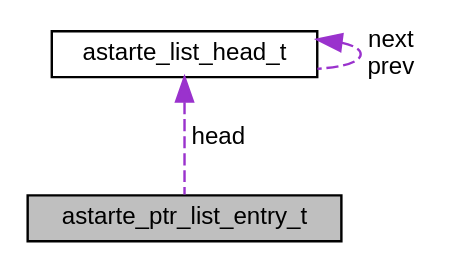
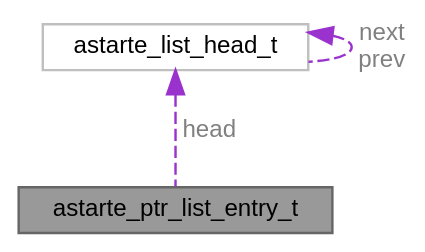
Before and after one commit to astarte-platform/docs: the diagram in device-sdks/esp32/snapshot/api/structastarte__ptr__list__entry__t__coll__graph.dot, drawn with Graphviz. The commit also changed 181 other files, not shown here.

```diff
--- a/device-sdks/esp32/snapshot/api/structastarte__ptr__list__entry__t__coll__graph.dot
+++ b/device-sdks/esp32/snapshot/api/structastarte__ptr__list__entry__t__coll__graph.dot
@@ -1,10 +1,11 @@
 digraph "astarte_ptr_list_entry_t"
 {
  // LATEX_PDF_SIZE
-  edge [fontname="Helvetica",fontsize="10",labelfontname="Helvetica",labelfontsize="10"];
-  node [fontname="Helvetica",fontsize="10",shape=record];
-  Node1 [label="astarte_ptr_list_entry_t",height=0.2,width=0.4,color="black", fillcolor="grey75", style="filled", fontcolor="black",tooltip=" "];
-  Node2 -> Node1 [dir="back",color="darkorchid3",fontsize="10",style="dashed",label=" head" ,fontname="Helvetica"];
-  Node2 [label="astarte_list_head_t",height=0.2,width=0.4,color="black", fillcolor="white", style="filled",URL="$structastarte__list__head__t.html",tooltip=" "];
-  Node2 -> Node2 [dir="back",color="darkorchid3",fontsize="10",style="dashed",label=" next\nprev" ,fontname="Helvetica"];
+  bgcolor="transparent";
+  edge [fontname=Helvetica,fontsize=10,labelfontname=Helvetica,labelfontsize=10];
+  node [fontname=Helvetica,fontsize=10,shape=box,height=0.2,width=0.4];
+  Node1 [id="Node000001",label="astarte_ptr_list_entry_t",height=0.2,width=0.4,color="gray40", fillcolor="grey60", style="filled", fontcolor="black",tooltip=" "];
+  Node2 -> Node1 [id="edge1_Node000001_Node000002",dir="back",color="darkorchid3",style="dashed",tooltip=" ",label=" head",fontcolor="grey" ];
+  Node2 [id="Node000002",label="astarte_list_head_t",height=0.2,width=0.4,color="grey75", fillcolor="white", style="filled",URL="$structastarte__list__head__t.html",tooltip=" "];
+  Node2 -> Node2 [id="edge2_Node000002_Node000002",dir="back",color="darkorchid3",style="dashed",tooltip=" ",label=" next\nprev",fontcolor="grey" ];
 }
```
